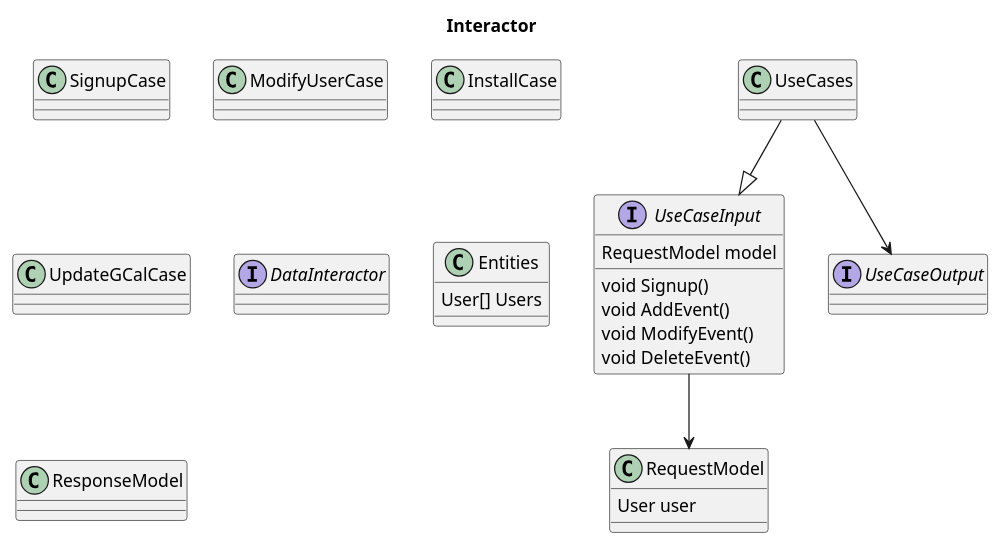
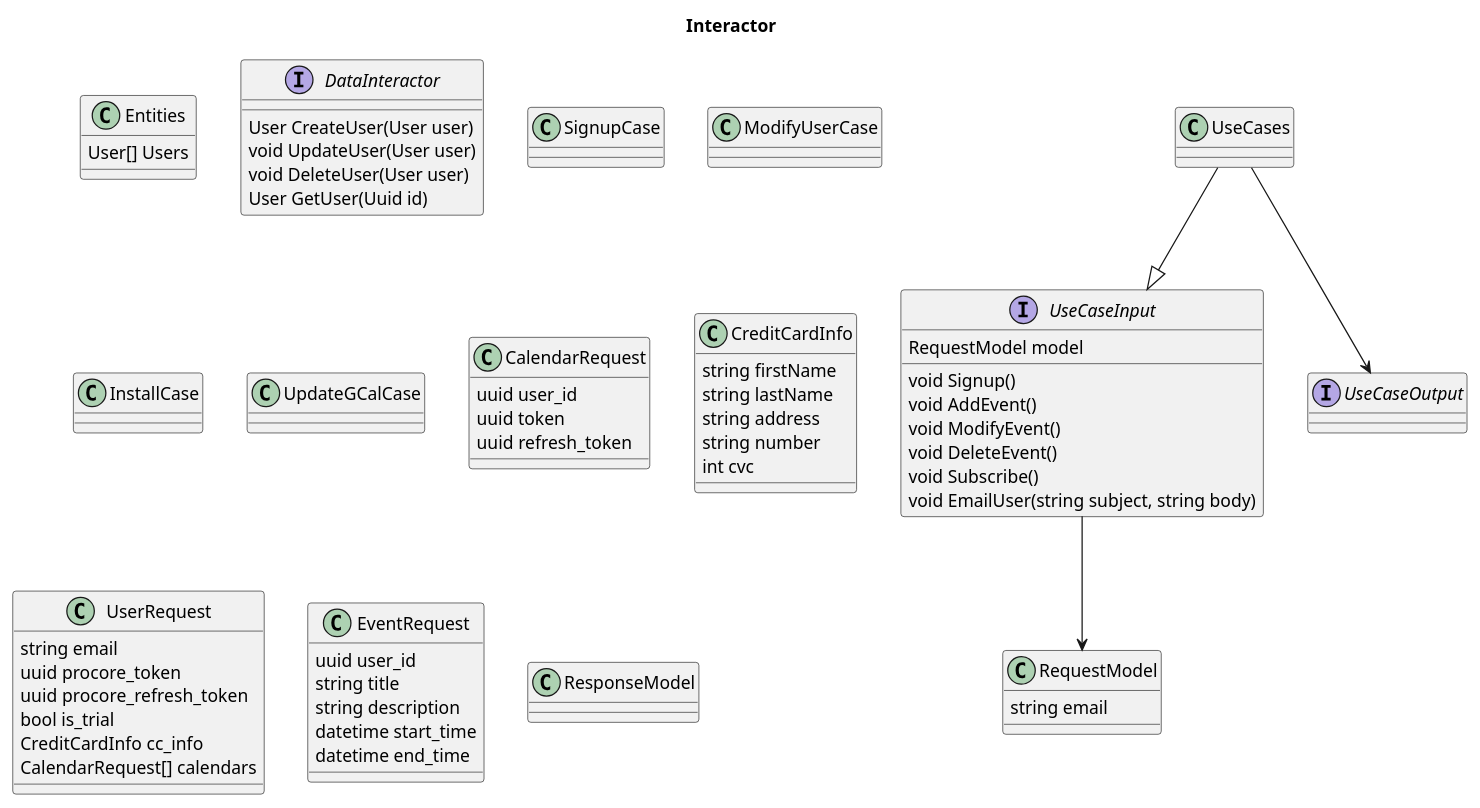
One commit to adhurjaty/procore-gcal changed the diagram in diagrams/interactor.wsd. Above: the diagram before and after it, drawn with PlantUML. The commit also changed 3 other files, not shown here.

Commit message:
adds email concept and adds to interactor

```diff
--- a/diagrams/interactor.wsd
+++ b/diagrams/interactor.wsd
@@ -1,57 +1,93 @@
 @startuml
 title Interactor
+
+class Entities {
+    User[] Users
+}
+
+interface DataInteractor {
+    User CreateUser(User user)
+    void UpdateUser(User user)
+    void DeleteUser(User user)
+    User GetUser(Uuid id)
+}
 
 class SignupCase {
 
 }
 
 class ModifyUserCase {
 
 }
 
 class InstallCase {
 
 }
 
 class UpdateGCalCase {
 
 }
 
 class UseCases {
 
 }
 
-interface DataInteractor {
-    
-}
-
 interface UseCaseInput {
     RequestModel model
     void Signup()
     void AddEvent()
     void ModifyEvent()
     void DeleteEvent()
-
+    void Subscribe()
+    void EmailUser(string subject, string body)
 }
 
 interface UseCaseOutput {
 
 }
 
-class Entities {
-    User[] Users
+class CalendarRequest {
+    uuid user_id
+    uuid token
+    uuid refresh_token
+}
+
+class CreditCardInfo {
+    string firstName
+    string lastName
+    string address
+    string number
+    int cvc
+}
+
+class UserRequest {
+    string email
+    uuid procore_token
+    uuid procore_refresh_token
+    bool is_trial
+    CreditCardInfo cc_info
+    CalendarRequest[] calendars
+}
+
+class EventRequest {
+    uuid user_id
+    string title
+    string description
+    datetime start_time
+    datetime end_time
 }
 
 class RequestModel {
-    User user
+    string email
+
 }
 
 class ResponseModel {
 
 }
 
 UseCases --|> UseCaseInput
 UseCases --> UseCaseOutput
 UseCaseInput --> RequestModel
 
 @enduml
```
